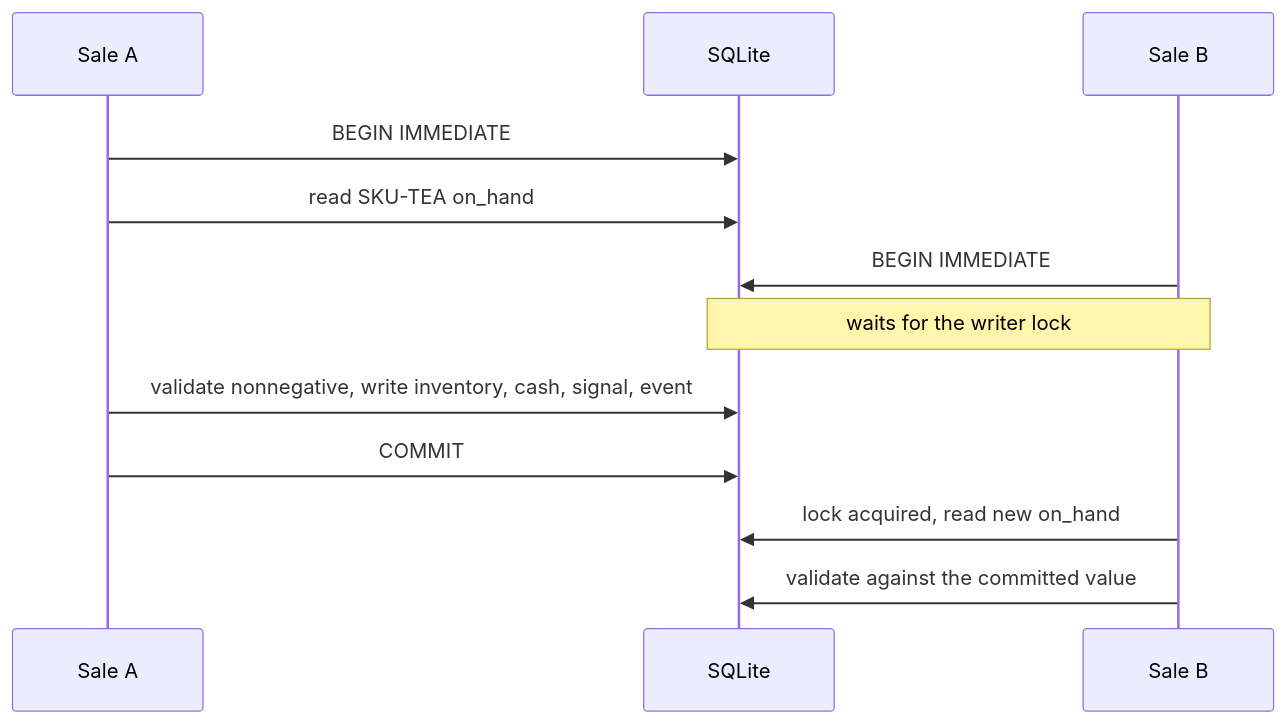
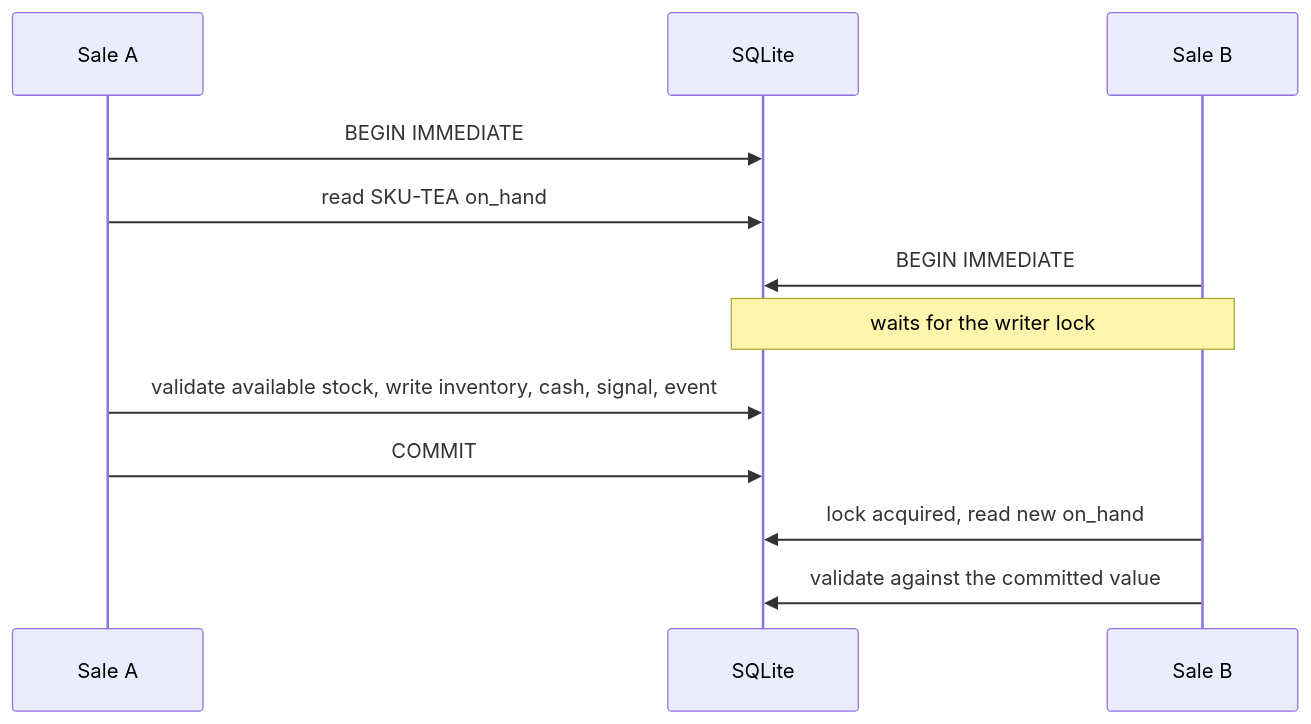
The second of 2 diagrams in book/ch09_each_product_has_its_own_threshold/README.md (profrodai/sovereign-agent), drawn with Mermaid before and after one commit. The commit also changed other lines of this file and 7 other files, not shown here.

````diff
--- a/book/ch09_each_product_has_its_own_threshold/README.md
+++ b/book/ch09_each_product_has_its_own_threshold/README.md
@@ -343,14 +346,14 @@
 ```mermaid
 sequenceDiagram
     participant A as Sale A
     participant DB as SQLite
     participant B as Sale B
     A->>DB: BEGIN IMMEDIATE
     A->>DB: read SKU-TEA on_hand
     B->>DB: BEGIN IMMEDIATE
     Note over B,DB: waits for the writer lock
-    A->>DB: validate nonnegative, write inventory, cash, signal, event
+    A->>DB: validate available stock, write inventory, cash, signal, event
     A->>DB: COMMIT
     B->>DB: lock acquired, read new on_hand
     B->>DB: validate against the committed value
 ```
````
